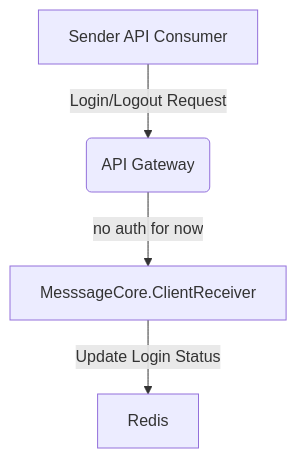
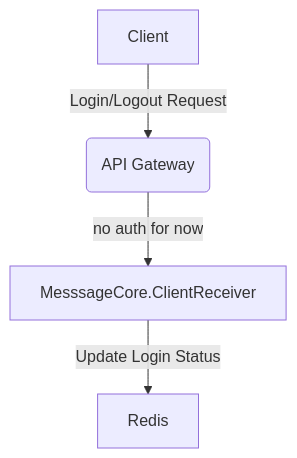
The second of 3 diagrams in README.md (Klik-Bait/Klik-Core), drawn with Mermaid before and after one commit. The commit also changed other lines of this file, not shown here.

````diff
--- a/README.md
+++ b/README.md
@@ -40,7 +40,7 @@
 ``` mermaid
 graph TD
-    A[Sender API Consumer]
+    A[Client]
     A -->|Login/Logout Request| B(API Gateway)
     B -->|no auth for now| C[MesssageCore.ClientReceiver]
     C -->|Update Login Status| D[Redis]
 ```
````
